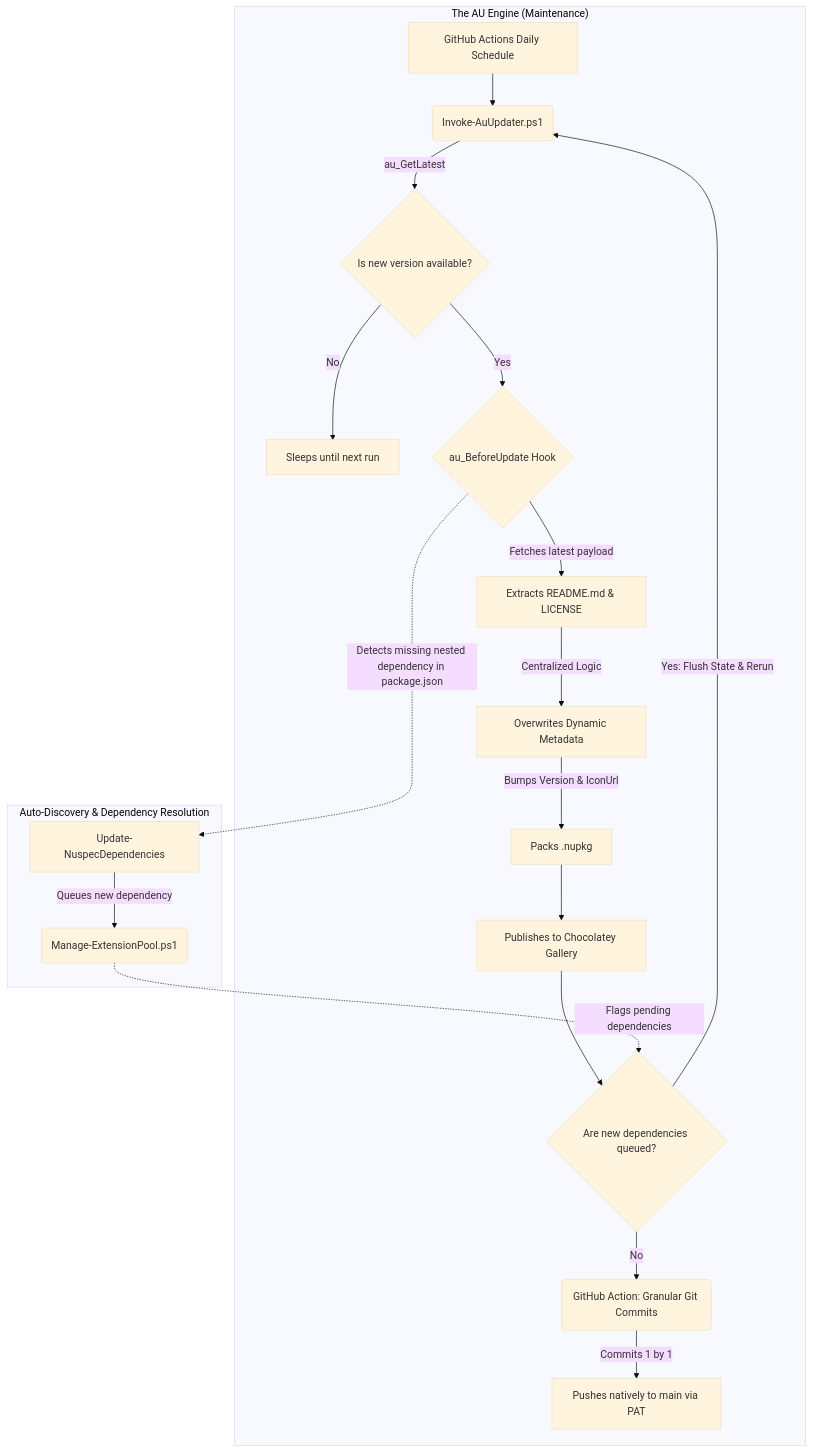
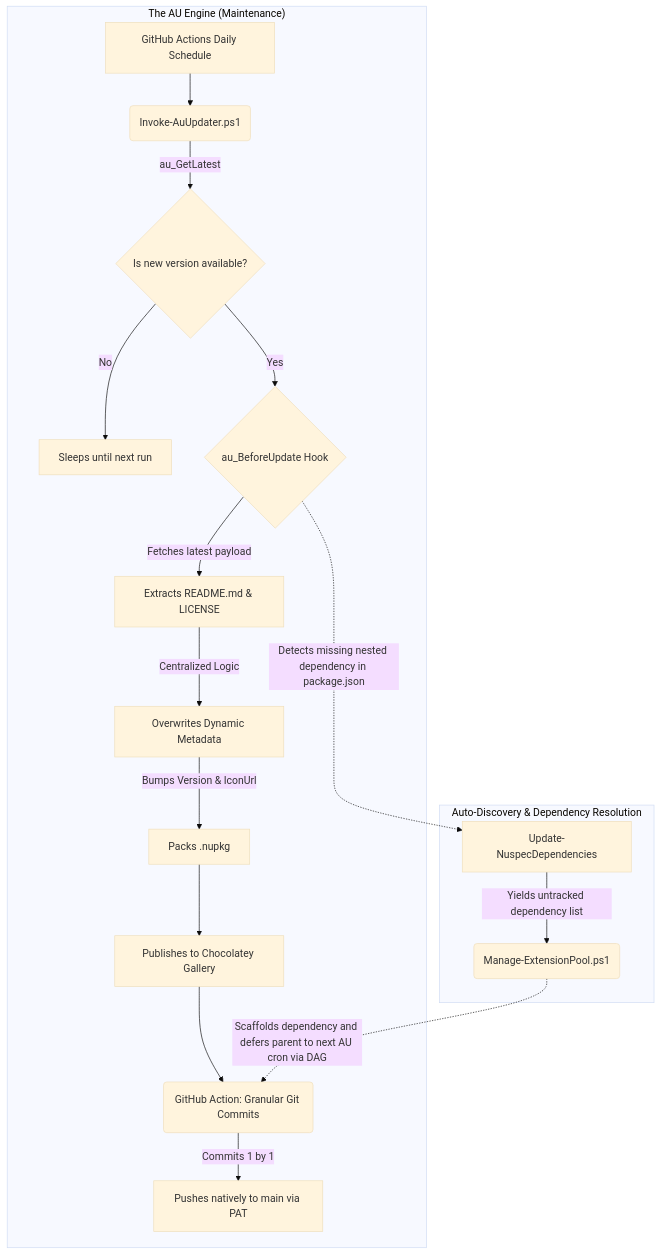
Before and after one commit to philippeganz/chocolatey-vscode-extensions: the second of 2 diagrams in docs/architecture.md, drawn with Mermaid (base theme). The commit also changed other lines of this file and 4 other files, not shown here.

````diff
--- a/docs/architecture.md
+++ b/docs/architecture.md
@@ -42,23 +42,21 @@
 ```mermaid
 flowchart TD
     subgraph "The AU Engine (Maintenance)"
         Cron["GitHub Actions Daily Schedule"] --> G("Invoke-AuUpdater.ps1")
         G -->|au_GetLatest| H{"Is new version available?"}
         H -->|No| ZZZ["Sleeps until next run"]
         H -->|Yes| I{"au_BeforeUpdate Hook"}
         I -->|Fetches latest payload| J["Extracts README.md & LICENSE"]
         J -->|Centralized Logic| K["Overwrites Dynamic Metadata"]
         K -->|Bumps Version & IconUrl| L["Packs .nupkg"]
         L --> M["Publishes to Chocolatey Gallery"]
-        M --> Q{"Are new dependencies queued?"}
-        Q -->|Yes: Flush State & Rerun| G
-        Q -->|No| N("GitHub Action: Granular Git Commits")
+        M --> N("GitHub Action: Granular Git Commits")
         N -->|Commits 1 by 1| O["Pushes natively to main via PAT"]
     end
 
     subgraph "Auto-Discovery & Dependency Resolution"
         I -.->|Detects missing nested dependency in package.json| P["Update-NuspecDependencies"]
-        P -->|Queues new dependency| B("Manage-ExtensionPool.ps1")
-        B -.->|Flags pending dependencies| Q
+        P -->|Yields untracked dependency list| B("Manage-ExtensionPool.ps1")
+        B -.->|Scaffolds dependency and defers parent to next AU cron via DAG| N
     end
 ```
````
